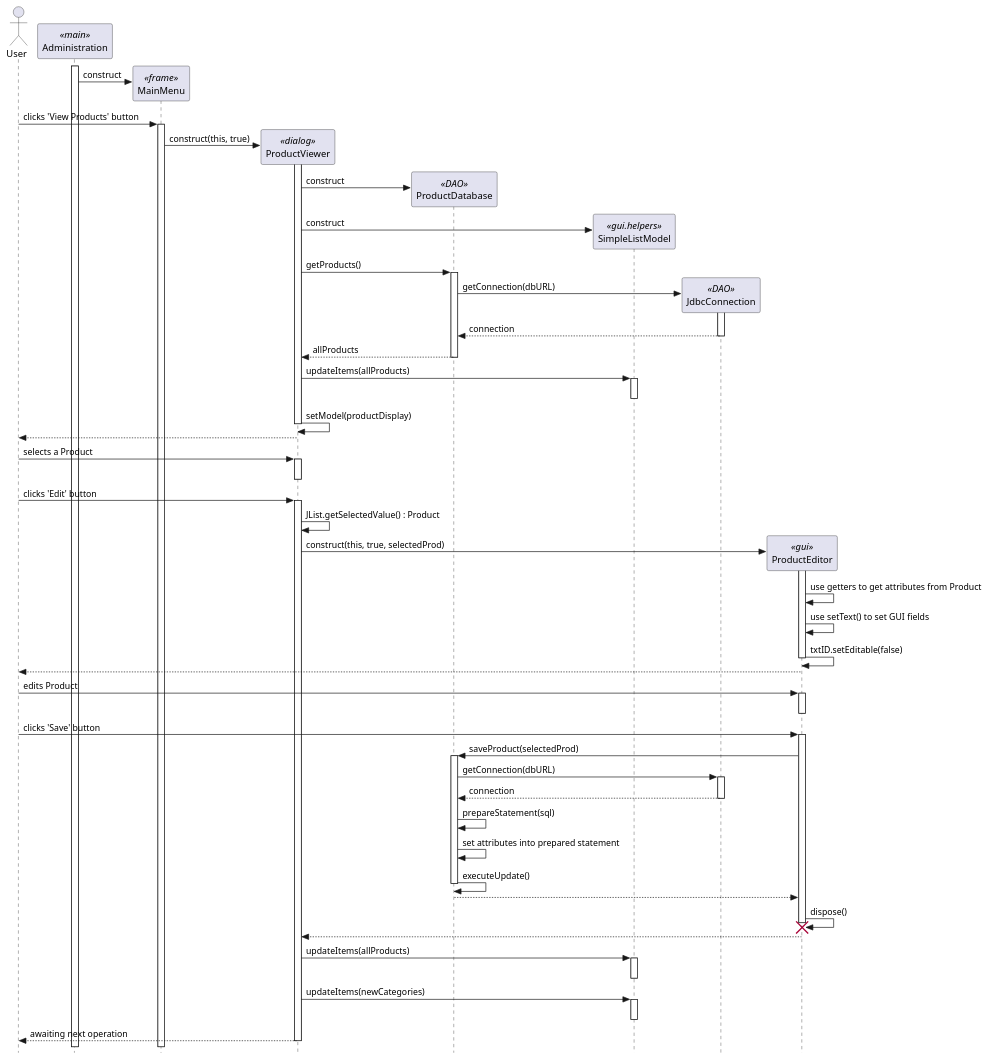
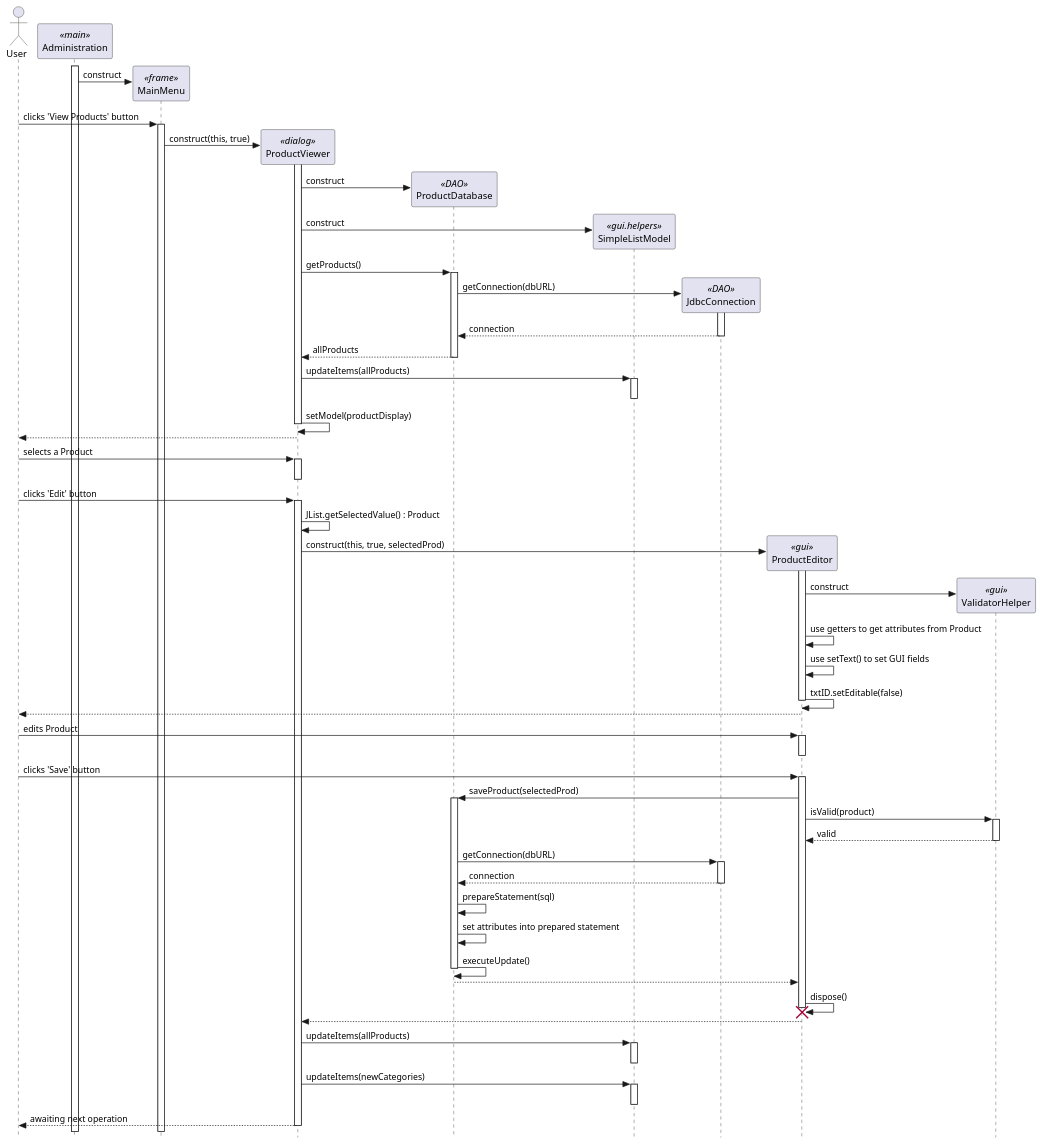
Before and after one commit to nikolahmcwin/shoppingSystem-info202: the diagram in sequenceDiagrams/editExistingProduct.puml, drawn with PlantUML. The commit also changed 1 other file, not shown here.

Commit message:
Updated validator class as per Blackboard instructions.

```diff
--- a/sequenceDiagrams/editExistingProduct.puml
+++ b/sequenceDiagrams/editExistingProduct.puml
@@ -1,99 +1,105 @@
 @startuml
 
 ' use strict UML mode
 skinparam style strictuml
 
 ' create actor user
 actor "User" as user
 
 ' create main adminstration 
 participant "Administration" as main <<main>>
 main++
 
 ' create main menu frame
 create "MainMenu" as menu <<frame>>
 main -> menu : construct
 
 user -> menu++ : clicks 'View Products' button
 
 ' create product viewer dialog
 create "ProductViewer" as viewer <<dialog>>
 menu -> viewer :  construct(this, true)
 
 viewer++
 
 ' create a DAO
 create "ProductDatabase" as dao <<DAO>>
 viewer -> dao : construct 
 
 ' create the simple model list
 create "SimpleListModel" as modellist <<gui.helpers>>
 viewer -> modellist : construct
 
 ' get the products from dao database
 viewer -> dao++ : getProducts()
 
 create "JdbcConnection" as jdbc <<DAO>>
 dao -> jdbc++ : getConnection(dbURL)
 jdbc --> dao : connection
 jdbc--
 
 dao --> viewer : allProducts
 dao--
 
 ' put products in Simple List Model
 viewer -> modellist++ : updateItems(allProducts)
 modellist--
 
 ' update list to display products
 viewer -> viewer : setModel(productDisplay)
 viewer--
 
 ' Pull out selected product to edit
 viewer --> user
 user -> viewer++ : selects a Product 
 viewer--
 user -> viewer++ : clicks 'Edit' button
 viewer -> viewer : JList.getSelectedValue() : Product
 
 ' Create editor dialog and fill in the fields
 create "ProductEditor" as editor <<gui>>
 viewer -> editor++ : construct(this, true, selectedProd)
 
+create "ValidatorHelper" as validator <<gui>>
+editor -> validator : construct
+
 editor -> editor : use getters to get attributes from Product
 editor -> editor : use setText() to set GUI fields
 editor -> editor : txtID.setEditable(false)
 editor--
 editor --> user
 
 user -> editor++ : edits Product
 editor--
 user -> editor++ : clicks 'Save' button
 editor -> dao++ : saveProduct(selectedProd)
+
+editor -> validator++ : isValid(product)
+return valid
 
 dao -> jdbc++ : getConnection(dbURL)
 jdbc--> dao : connection
 jdbc--
 
 dao -> dao : prepareStatement(sql)
 dao -> dao : set attributes into prepared statement
 dao -> dao : executeUpdate()
 dao--
 
 ' dispose editor as save is successful
 dao --> editor
 editor -> editor : dispose()
 destroy editor
 
 editor --> viewer
 
 ' put products in Simple List Model
 viewer -> modellist++ : updateItems(allProducts)
 modellist--
 
 viewer -> modellist++ :updateItems(newCategories)
 modellist--
 
 viewer --> user-- : awaiting next operation
 
 @enduml
```
